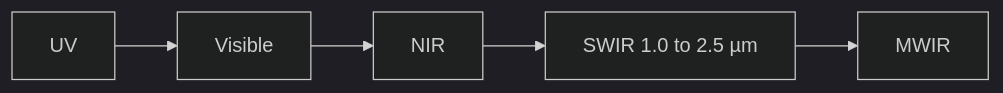
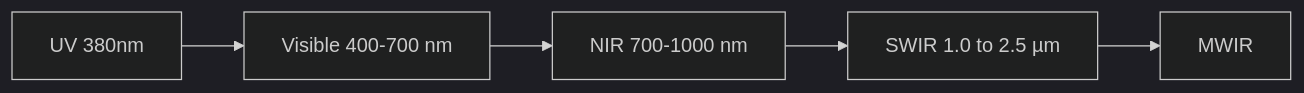
Before and after one commit to 00113844/AGRI4401_website: the third of 8 diagrams in presentations/lecture_07.qmd, drawn with Mermaid (dark theme). The commit also changed other lines of this file and 7 other files, not shown here.

````diff
--- a/presentations/lecture_07.qmd
+++ b/presentations/lecture_07.qmd
@@ -362,7 +356,7 @@
 ```{mermaid}
 graph LR
-  UV[UV] --> Visible[Visible]
-  Visible --> NIR[NIR]
+  UV[UV 380nm ] --> Visible[Visible 400-700 nm]
+  Visible --> NIR[NIR 700-1000 nm]  
   NIR --> SWIR[SWIR 1.0 to 2.5 µm]
   SWIR --> MWIR[MWIR]
 ```
````
